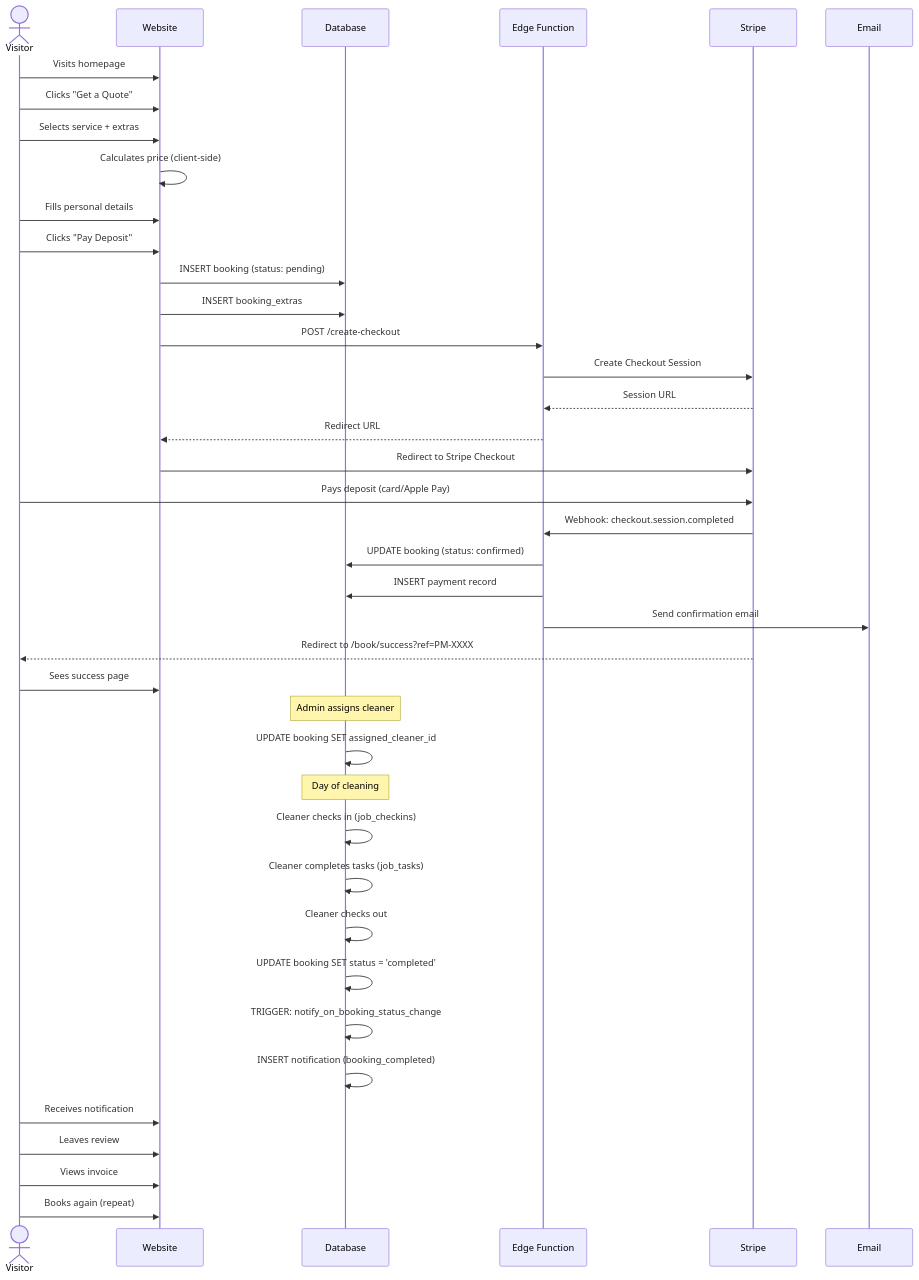
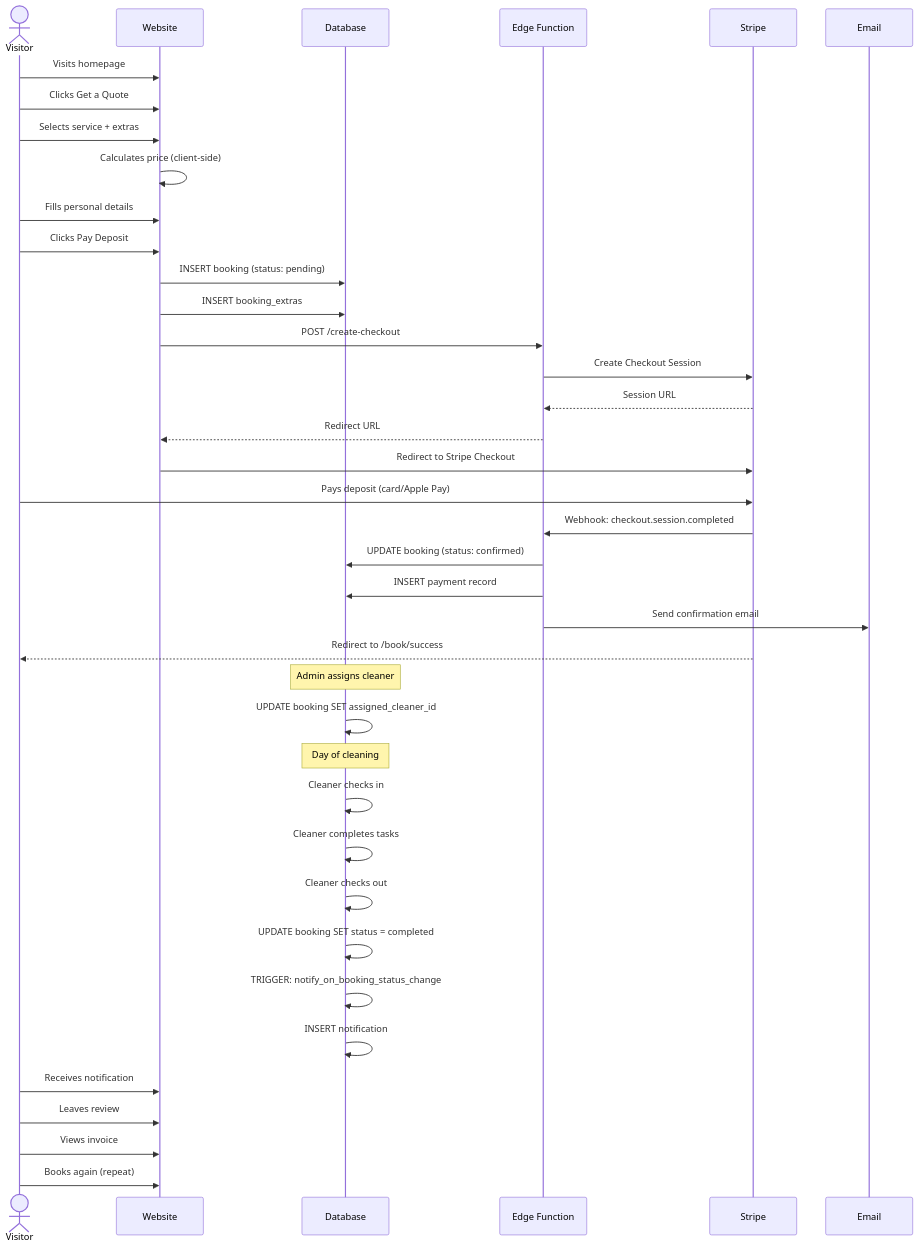
One commit to anyatechserv/puremaids changed the seventh of 17 diagrams in README.md. Above: the diagram before and after it, drawn with Mermaid. The commit also changed other lines of this file and 63 other files, not shown here.

````diff
--- a/README.md
+++ b/README.md
@@ -828,46 +728,41 @@
 ```mermaid
 sequenceDiagram
     actor V as Visitor
     participant W as Website
     participant DB as Database
     participant EF as Edge Function
     participant S as Stripe
     participant E as Email
-
     V->>W: Visits homepage
-    V->>W: Clicks "Get a Quote"
+    V->>W: Clicks Get a Quote
     V->>W: Selects service + extras
     W->>W: Calculates price (client-side)
     V->>W: Fills personal details
-    V->>W: Clicks "Pay Deposit"
+    V->>W: Clicks Pay Deposit
     W->>DB: INSERT booking (status: pending)
     W->>DB: INSERT booking_extras
     W->>EF: POST /create-checkout
     EF->>S: Create Checkout Session
     S-->>EF: Session URL
     EF-->>W: Redirect URL
     W->>S: Redirect to Stripe Checkout
     V->>S: Pays deposit (card/Apple Pay)
     S->>EF: Webhook: checkout.session.completed
     EF->>DB: UPDATE booking (status: confirmed)
     EF->>DB: INSERT payment record
     EF->>E: Send confirmation email
-    S-->>V: Redirect to /book/success?ref=PM-XXXX
-    V->>W: Sees success page
-
+    S-->>V: Redirect to /book/success
     Note over DB: Admin assigns cleaner
     DB->>DB: UPDATE booking SET assigned_cleaner_id
-
     Note over DB: Day of cleaning
-    DB->>DB: Cleaner checks in (job_checkins)
-    DB->>DB: Cleaner completes tasks (job_tasks)
+    DB->>DB: Cleaner checks in
+    DB->>DB: Cleaner completes tasks
     DB->>DB: Cleaner checks out
-    DB->>DB: UPDATE booking SET status = 'completed'
+    DB->>DB: UPDATE booking SET status = completed
     DB->>DB: TRIGGER: notify_on_booking_status_change
-    DB->>DB: INSERT notification (booking_completed)
-
+    DB->>DB: INSERT notification
     V->>W: Receives notification
     V->>W: Leaves review
     V->>W: Views invoice
     V->>W: Books again (repeat)
 ```
````
